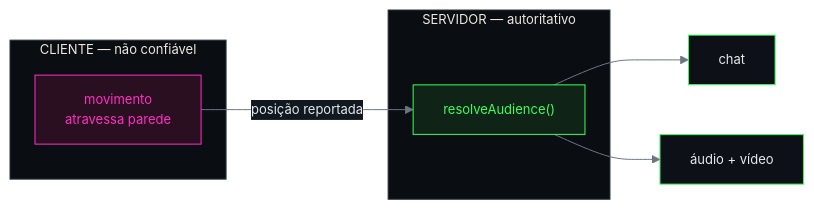
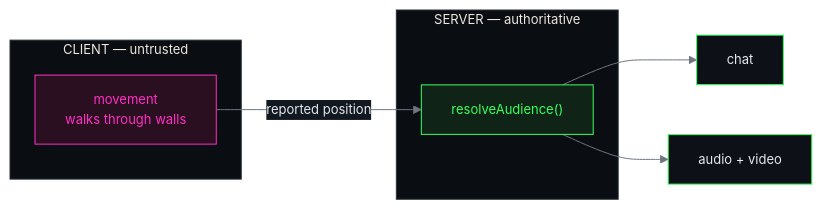
One commit to JonathanRibeiroSilva/JonathanRibeiroSilva changed the first of 3 diagrams in README.md. Above: the diagram before and after it, drawn with Mermaid. The commit also changed other lines of this file and 6 other files, not shown here.

````diff
--- a/README.md
+++ b/README.md
@@ -183,15 +168,15 @@
 ```mermaid
 %%{init:{'theme':'base','themeVariables':{'primaryColor':'#0D1117','primaryTextColor':'#E6E8EC','primaryBorderColor':'#39FF5E','lineColor':'#6E7581','secondaryColor':'#111820','tertiaryColor':'#111820','clusterBkg':'#0A0E13','clusterBorder':'#2A3138','fontFamily':'ui-monospace, monospace','fontSize':'13px'}}}%%
 flowchart LR
-  subgraph CLI["CLIENTE — não confiável"]
-    M["movimento<br/>atravessa parede"]
+  subgraph CLI["CLIENT — untrusted"]
+    M["movement<br/>walks through walls"]
   end
-  subgraph SRV["SERVIDOR — autoritativo"]
+  subgraph SRV["SERVER — authoritative"]
     RA["resolveAudience()"]
   end
-  M -- "posição reportada" --> RA
+  M -- "reported position" --> RA
   RA --> CH["chat"]
-  RA --> AV["áudio + vídeo"]
+  RA --> AV["audio + video"]
   style M fill:#2A0F20,stroke:#FF2EC4,color:#FF2EC4
   style RA fill:#0F2417,stroke:#39FF5E,color:#39FF5E
 ```
````
